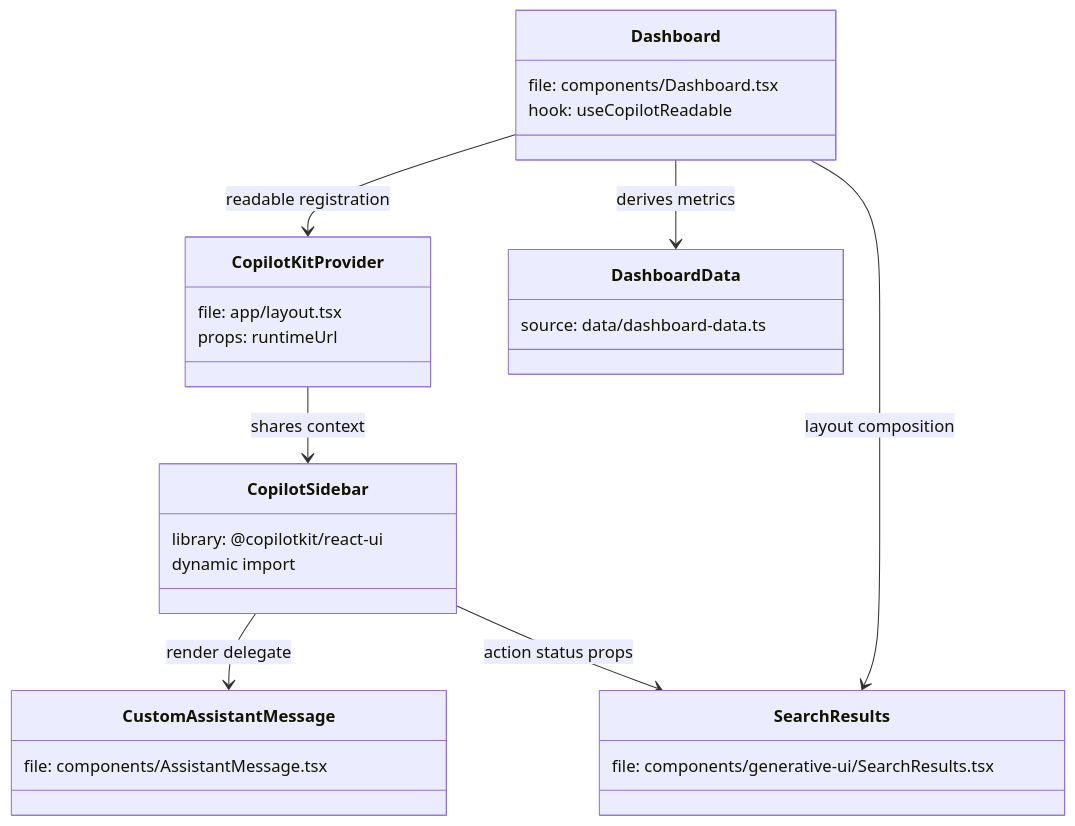
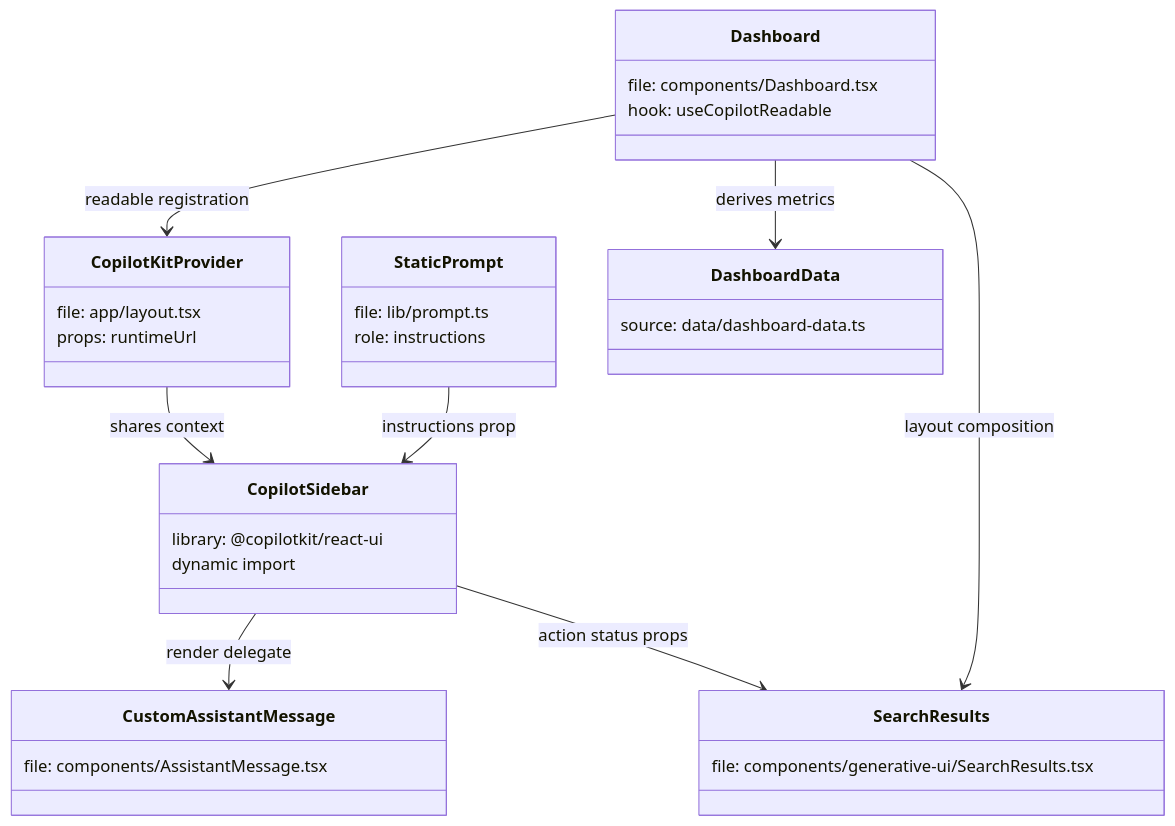
The first of 5 diagrams in examples/copilot-chat-with-your-data/architecture.md (chris-han/CopilotKit), drawn with Mermaid before and after one commit. The commit also changed other lines of this file and 16 other files, not shown here.

First line of the commit message:
feat(ui): enhance chart highlight and assistant prompt structure

````diff
--- a/examples/copilot-chat-with-your-data/architecture.md
+++ b/examples/copilot-chat-with-your-data/architecture.md
@@ -25,31 +25,36 @@
 ```mermaid
 classDiagram
     class CopilotKitProvider {
         file: app/layout.tsx
         props: runtimeUrl
     }
     class CopilotSidebar {
         library: @copilotkit/react-ui
         dynamic import
+    }
+    class StaticPrompt {
+        file: lib/prompt.ts
+        role: instructions
     }
     class CustomAssistantMessage {
         file: components/AssistantMessage.tsx
     }
     class Dashboard {
         file: components/Dashboard.tsx
         hook: useCopilotReadable
     }
     class SearchResults {
         file: components/generative-ui/SearchResults.tsx
     }
     class DashboardData {
         source: data/dashboard-data.ts
     }
 
     CopilotKitProvider --> CopilotSidebar : shares context
+    StaticPrompt --> CopilotSidebar : instructions prop
     CopilotSidebar --> CustomAssistantMessage : render delegate
     CopilotSidebar --> SearchResults : action status props
     Dashboard --> CopilotKitProvider : readable registration
     Dashboard --> DashboardData : derives metrics
     Dashboard --> SearchResults : layout composition
 ```
````
